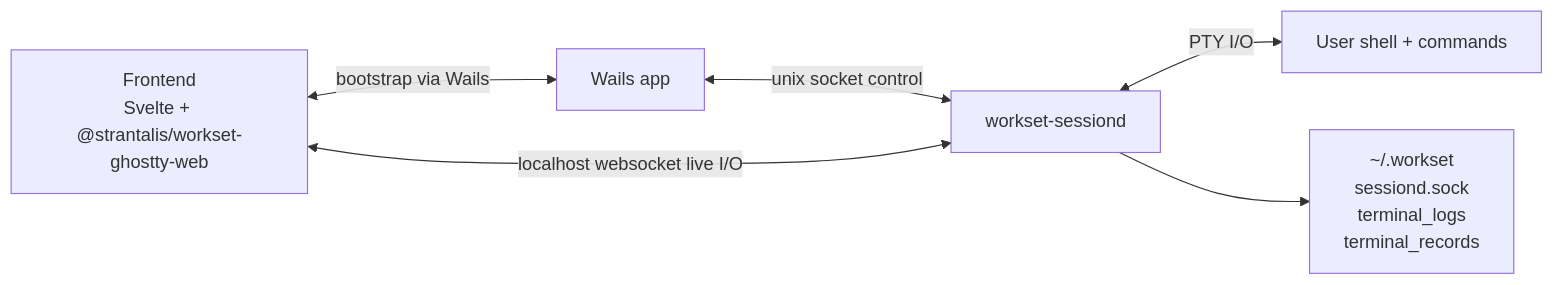
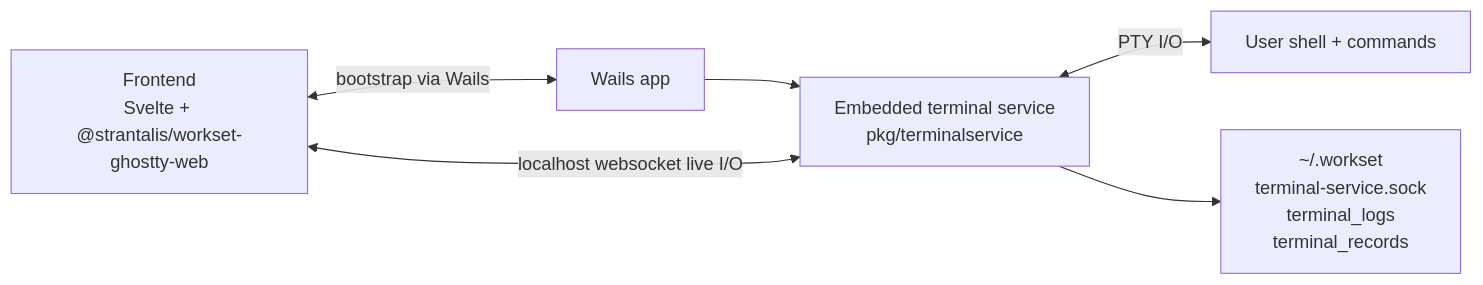
Before and after one commit to strantalis/workset: the first of 2 diagrams in docs-internal/architecture/terminal.md, drawn with Mermaid. The commit also changed other lines of this file and 168 other files, not shown here.

Commit message:
refactor(workset): simplify terminal service and layout model

````diff
--- a/docs-internal/architecture/terminal.md
+++ b/docs-internal/architecture/terminal.md
@@ -17,8 +19,8 @@
 ```mermaid
 flowchart LR
   UI[Frontend<br/>Svelte + @strantalis/workset-ghostty-web] <-- bootstrap via Wails --> App[Wails app]
-  App <-- unix socket control --> D[workset-sessiond]
-  UI <-- localhost websocket live I/O --> D
-  D <-- PTY I/O --> Shell[User shell + commands]
-  D --> State[~/.workset<br/>sessiond.sock<br/>terminal_logs<br/>terminal_records]
+  App --> S[Embedded terminal service<br/>pkg/terminalservice]
+  UI <-- localhost websocket live I/O --> S
+  S <-- PTY I/O --> Shell[User shell + commands]
+  S --> State[~/.workset<br/>terminal-service.sock<br/>terminal_logs<br/>terminal_records]
 ```
````
